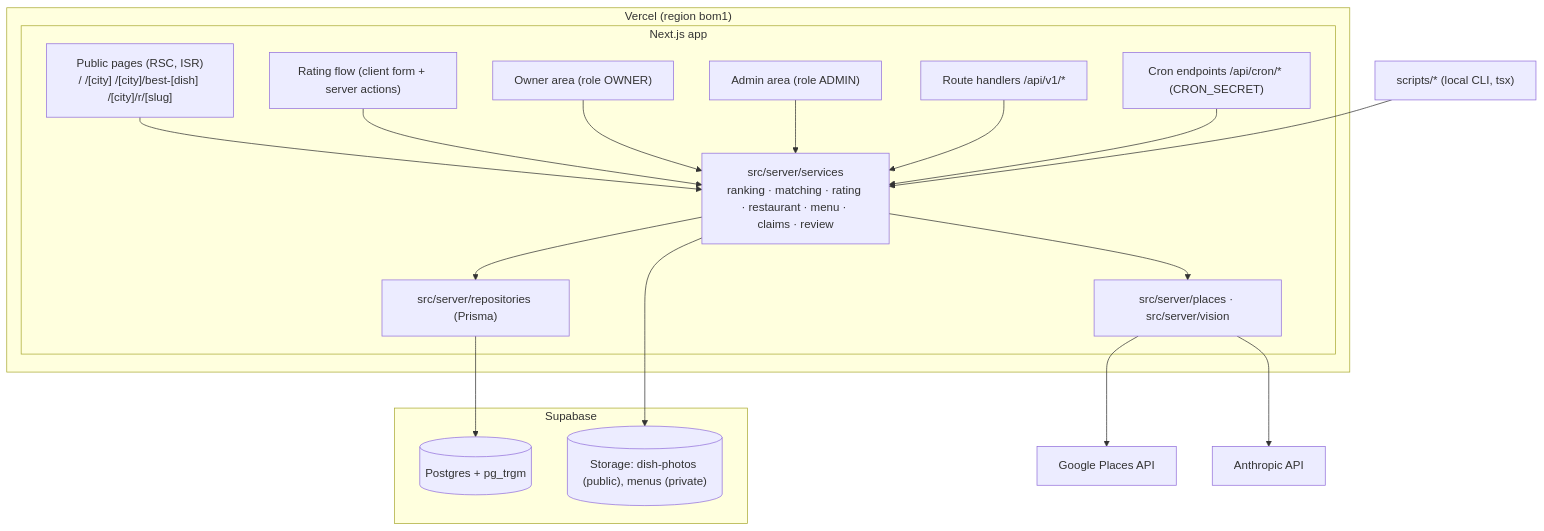
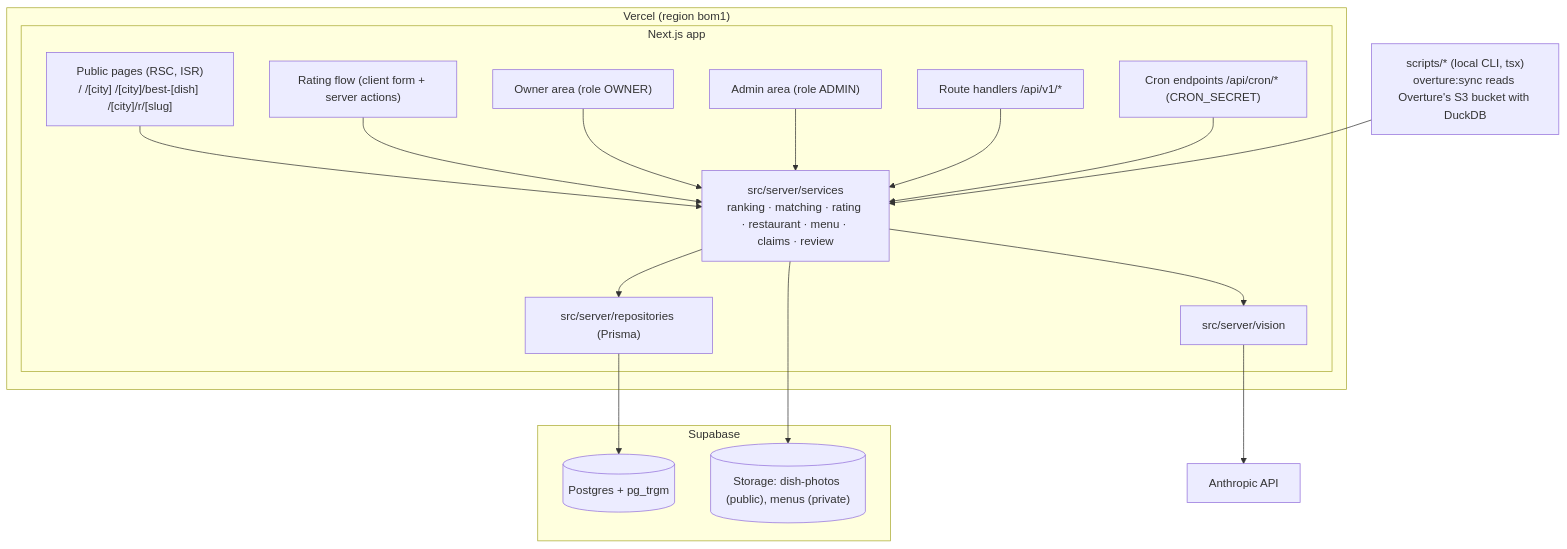
Before and after one commit to JawadSarfraz/dishrank: the second of 8 diagrams in docs/02-ARCHITECTURE.md, drawn with Mermaid. The commit also changed other lines of this file and 19 other files, not shown here.

````diff
--- a/docs/02-ARCHITECTURE.md
+++ b/docs/02-ARCHITECTURE.md
@@ -31,33 +32,32 @@
 ```mermaid
 flowchart TB
   subgraph Vercel["Vercel (region bom1)"]
     subgraph Next["Next.js app"]
       Pages["Public pages (RSC, ISR)<br/>/ /[city] /[city]/best-[dish] /[city]/r/[slug]"]
       Rate["Rating flow (client form + server actions)"]
       OwnerUI["Owner area (role OWNER)"]
       AdminUI["Admin area (role ADMIN)"]
       API["Route handlers /api/v1/*"]
       CronEP["Cron endpoints /api/cron/* (CRON_SECRET)"]
       Services["src/server/services<br/>ranking · matching · rating · restaurant · menu · claims · review"]
       Repos["src/server/repositories (Prisma)"]
-      Ext["src/server/places · src/server/vision"]
+      Ext["src/server/vision"]
     end
   end
   subgraph Supabase
     PG[("Postgres + pg_trgm")]
     ST[("Storage: dish-photos (public), menus (private)")]
   end
-  CLI["scripts/* (local CLI, tsx)"]
+  CLI["scripts/* (local CLI, tsx)<br/>overture:sync reads Overture's S3 bucket with DuckDB"]
   Pages --> Services
   Rate --> Services
   OwnerUI --> Services
   AdminUI --> Services
   API --> Services
   CronEP --> Services
   Services --> Repos --> PG
   Services --> ST
-  Ext --> Google["Google Places API"]
   Ext --> Anthropic["Anthropic API"]
   Services --> Ext
   CLI --> Services
 ```
````
